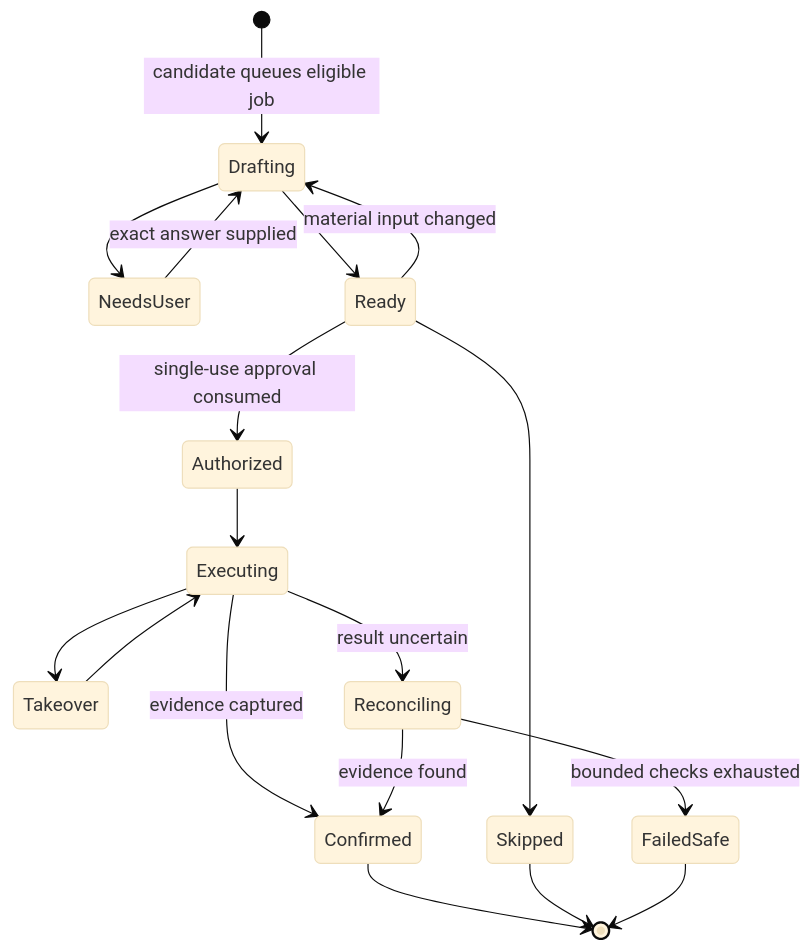
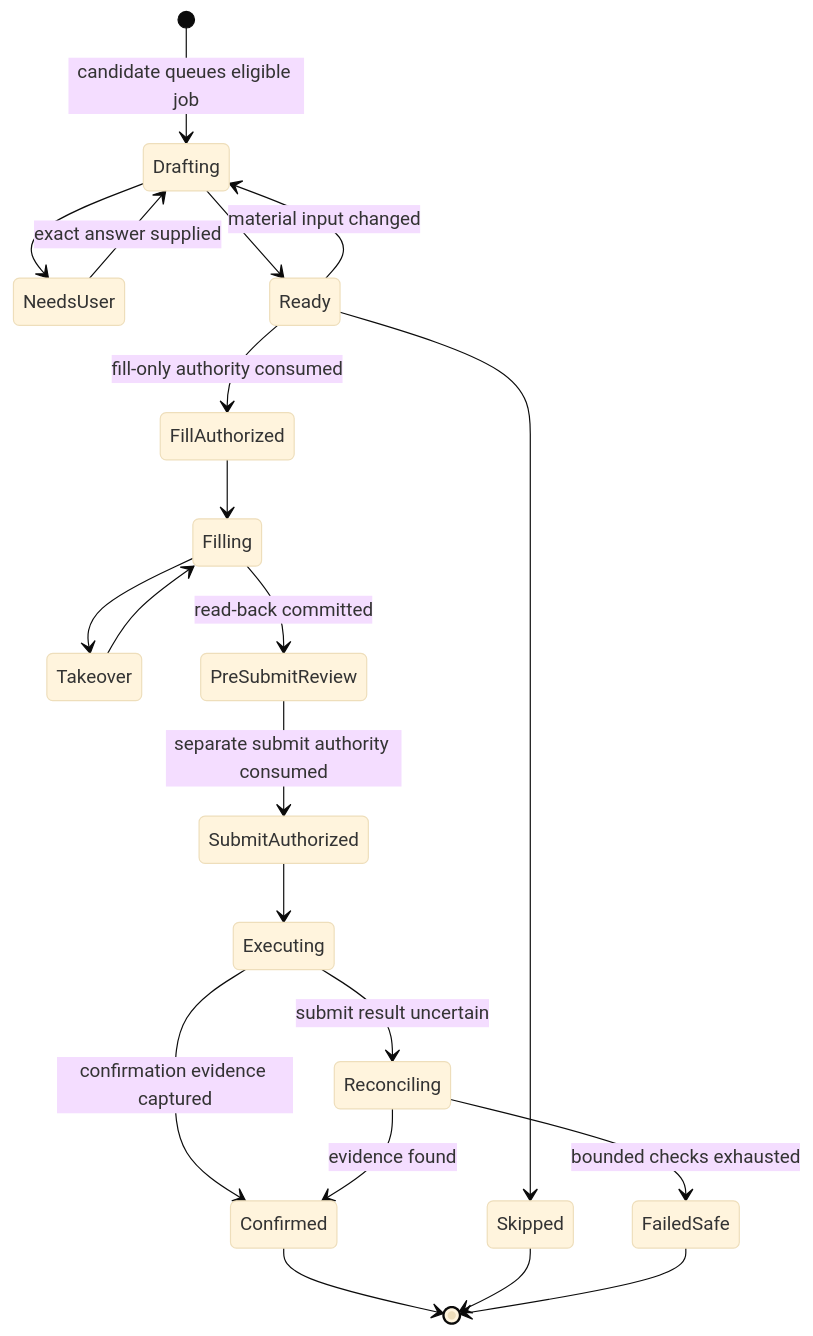
Before and after one commit to zackrichland/roledawn: the fifth of 7 diagrams in docs/architecture/backend-operating-model.md, drawn with Mermaid (base theme). The commit also changed other lines of this file and 589 other files, not shown here.

````diff
--- a/docs/architecture/backend-operating-model.md
+++ b/docs/architecture/backend-operating-model.md
@@ -250,20 +284,23 @@
 ```mermaid
 stateDiagram-v2
     [*] --> Drafting: candidate queues eligible job
     Drafting --> NeedsUser
     NeedsUser --> Drafting: exact answer supplied
     Drafting --> Ready
     Ready --> Drafting: material input changed
     Ready --> Skipped
-    Ready --> Authorized: single-use approval consumed
-    Authorized --> Executing
-    Executing --> Takeover
-    Takeover --> Executing
-    Executing --> Reconciling: result uncertain
-    Executing --> Confirmed: evidence captured
+    Ready --> FillAuthorized: fill-only authority consumed
+    FillAuthorized --> Filling
+    Filling --> Takeover
+    Takeover --> Filling
+    Filling --> PreSubmitReview: read-back committed
+    PreSubmitReview --> SubmitAuthorized: separate submit authority consumed
+    SubmitAuthorized --> Executing
+    Executing --> Reconciling: submit result uncertain
+    Executing --> Confirmed: confirmation evidence captured
     Reconciling --> Confirmed: evidence found
     Reconciling --> FailedSafe: bounded checks exhausted
     Confirmed --> [*]
     Skipped --> [*]
     FailedSafe --> [*]
 ```
````
